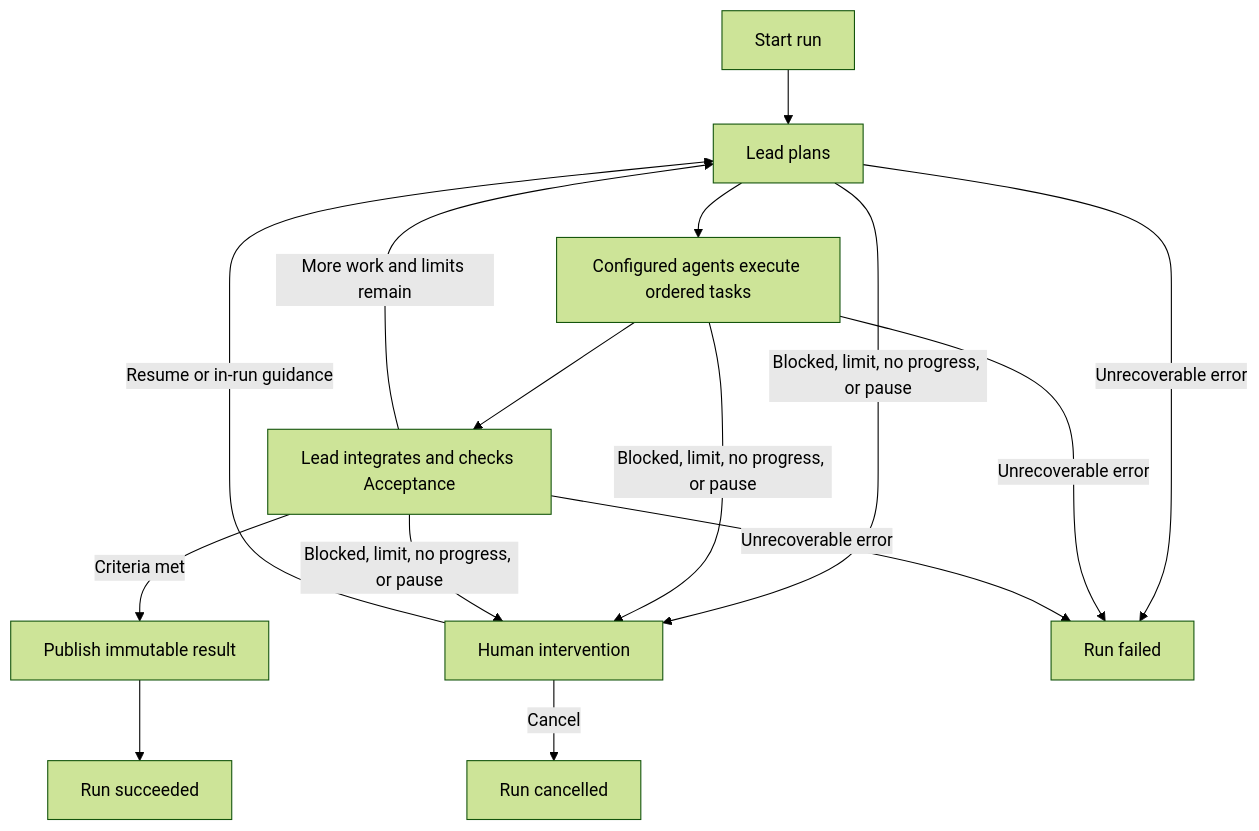
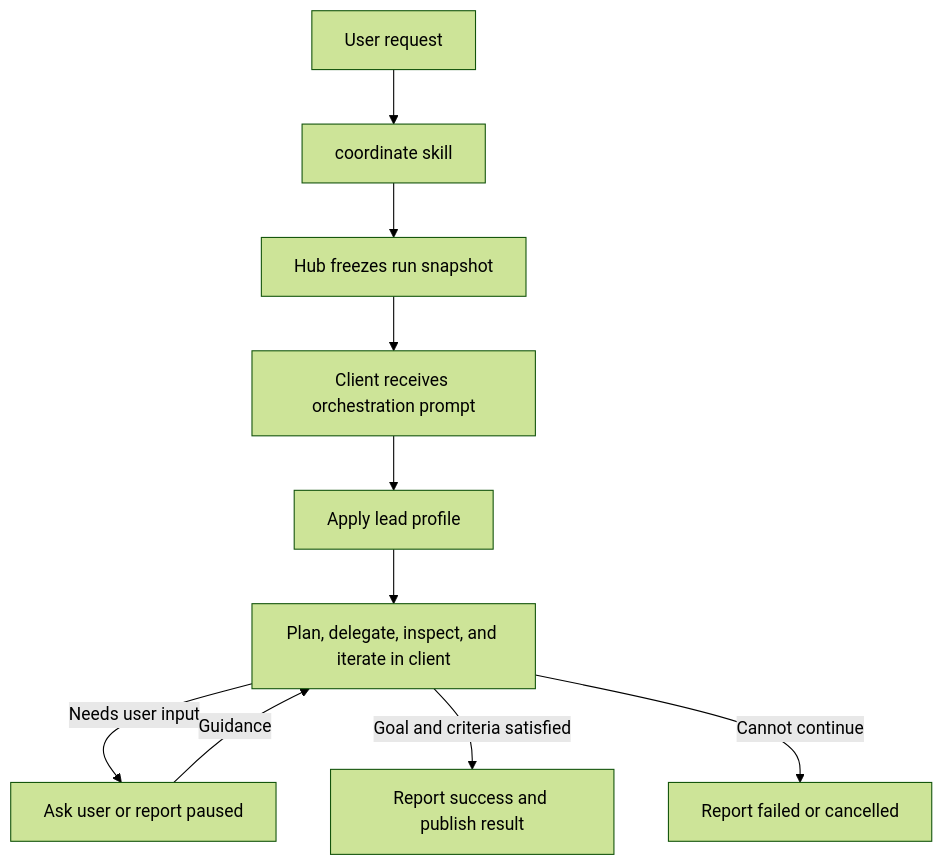
One commit to dryotta/open-knowledge-hub changed the third of 6 diagrams in docs/superpowers/specs/2026-07-17-workspace-module-design.md. Above: the diagram before and after it, drawn with Mermaid (forest theme). The commit also changed other lines of this file, not shown here.

First line of the commit message:
docs: delegate workspace runs to clients

````diff
--- a/docs/superpowers/specs/2026-07-17-workspace-module-design.md
+++ b/docs/superpowers/specs/2026-07-17-workspace-module-design.md
@@ -308,19 +296,12 @@
 ```mermaid
 flowchart TD
-    S[Start run] --> P[Lead plans]
-    P --> W[Configured agents execute ordered tasks]
-    W --> I[Lead integrates and checks Acceptance]
-    I -->|Criteria met| U[Publish immutable result]
-    U --> D[Run succeeded]
-    I -->|More work and limits remain| P
-
-    P -->|Blocked, limit, no progress, or pause| H[Human intervention]
-    W -->|Blocked, limit, no progress, or pause| H
-    I -->|Blocked, limit, no progress, or pause| H
-    H -->|Resume or in-run guidance| P
-    H -->|Cancel| X[Run cancelled]
-
-    P -->|Unrecoverable error| F[Run failed]
-    W -->|Unrecoverable error| F
-    I -->|Unrecoverable error| F
+    U[User request] --> C[coordinate skill]
+    C --> S[Hub freezes run snapshot]
+    S --> P[Client receives orchestration prompt]
+    P --> L[Apply lead profile]
+    L --> A[Plan, delegate, inspect, and iterate in client]
+    A -->|Needs user input| H[Ask user or report paused]
+    H -->|Guidance| A
+    A -->|Goal and criteria satisfied| R[Report success and publish result]
+    A -->|Cannot continue| T[Report failed or cancelled]
 ```
````
